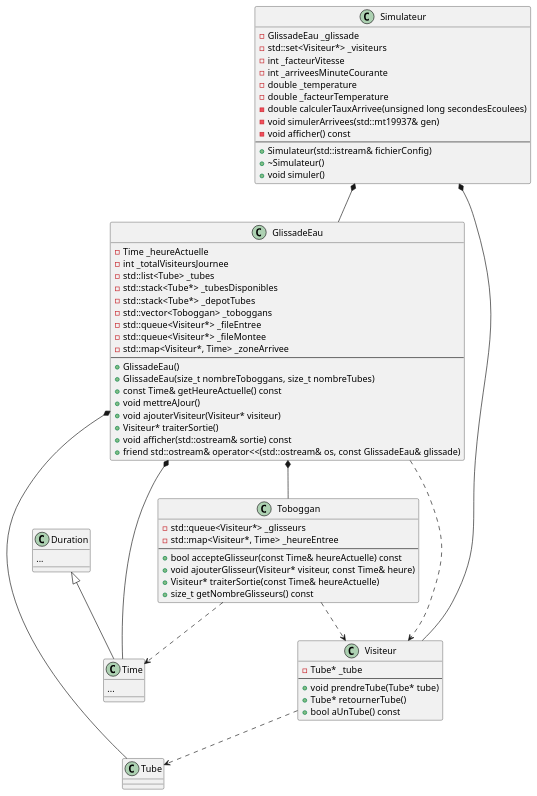
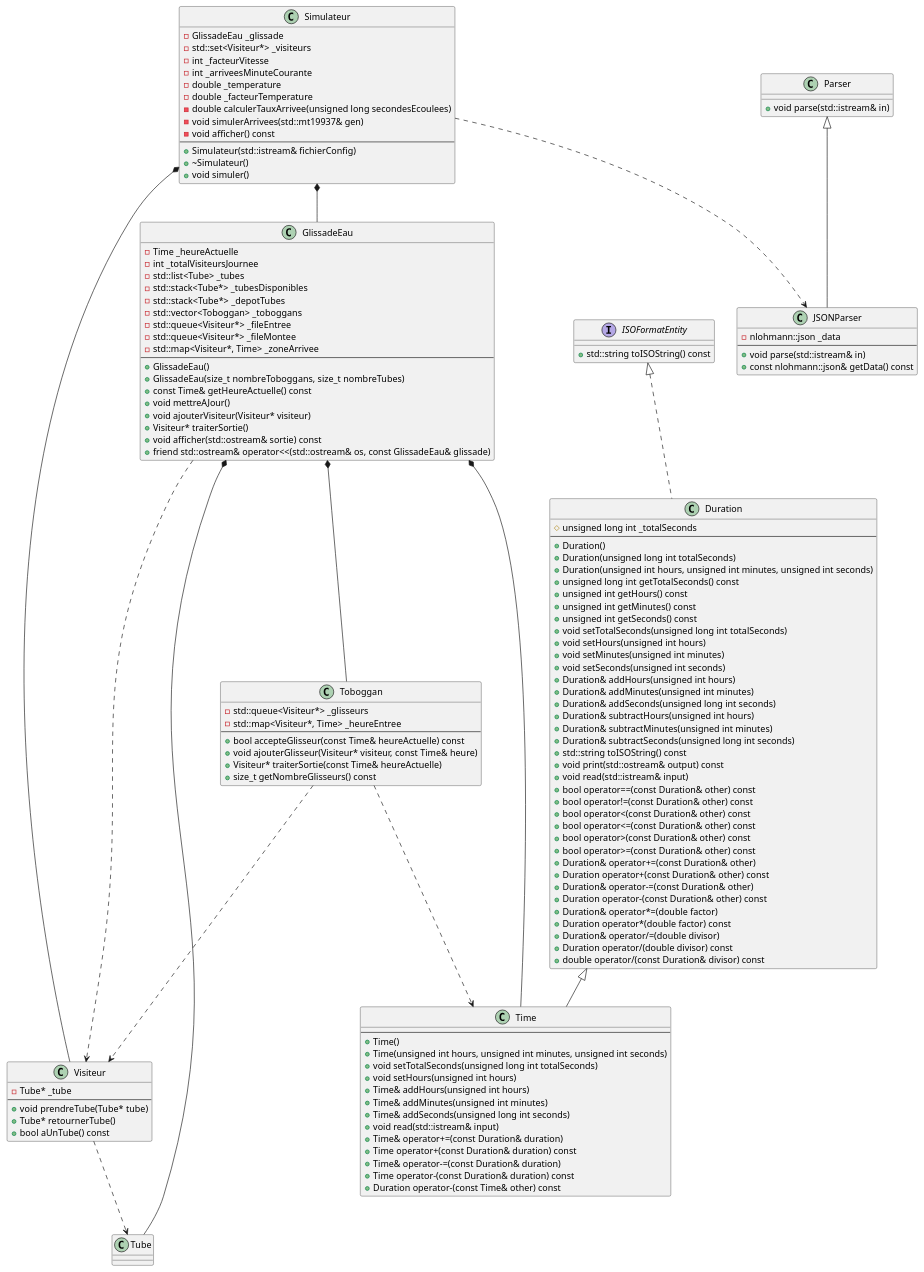
The diagram in laboratoires/lab09-file-pile/consignes/lab09.md (plbrault/420-SF2-RE), drawn with PlantUML before and after one commit.

Commit message:
Diagramme complet

````diff
--- a/laboratoires/lab09-file-pile/consignes/lab09.md
+++ b/laboratoires/lab09-file-pile/consignes/lab09.md
@@ -44,12 +44,65 @@
 ```plantuml
 @startuml
 
+interface ISOFormatEntity {
+    + std::string toISOString() const
+}
+
 class Duration {
-    ...
+    # unsigned long int _totalSeconds
+    --
+    + Duration()
+    + Duration(unsigned long int totalSeconds)
+    + Duration(unsigned int hours, unsigned int minutes, unsigned int seconds)
+    + unsigned long int getTotalSeconds() const
+    + unsigned int getHours() const
+    + unsigned int getMinutes() const
+    + unsigned int getSeconds() const
+    + void setTotalSeconds(unsigned long int totalSeconds)
+    + void setHours(unsigned int hours)
+    + void setMinutes(unsigned int minutes)
+    + void setSeconds(unsigned int seconds)
+    + Duration& addHours(unsigned int hours)
+    + Duration& addMinutes(unsigned int minutes)
+    + Duration& addSeconds(unsigned long int seconds)
+    + Duration& subtractHours(unsigned int hours)
+    + Duration& subtractMinutes(unsigned int minutes)
+    + Duration& subtractSeconds(unsigned long int seconds)
+    + std::string toISOString() const
+    + void print(std::ostream& output) const
+    + void read(std::istream& input)
+    + bool operator==(const Duration& other) const
+    + bool operator!=(const Duration& other) const
+    + bool operator<(const Duration& other) const
+    + bool operator<=(const Duration& other) const
+    + bool operator>(const Duration& other) const
+    + bool operator>=(const Duration& other) const
+    + Duration& operator+=(const Duration& other)
+    + Duration operator+(const Duration& other) const
+    + Duration& operator-=(const Duration& other)
+    + Duration operator-(const Duration& other) const
+    + Duration& operator*=(double factor)
+    + Duration operator*(double factor) const
+    + Duration& operator/=(double divisor)
+    + Duration operator/(double divisor) const
+    + double operator/(const Duration& divisor) const
 }
 
 class Time {
-    ...
+    --
+    + Time()
+    + Time(unsigned int hours, unsigned int minutes, unsigned int seconds)
+    + void setTotalSeconds(unsigned long int totalSeconds)
+    + void setHours(unsigned int hours)
+    + Time& addHours(unsigned int hours)
+    + Time& addMinutes(unsigned int minutes)
+    + Time& addSeconds(unsigned long int seconds)
+    + void read(std::istream& input)
+    + Time& operator+=(const Duration& duration)
+    + Time operator+(const Duration& duration) const
+    + Time& operator-=(const Duration& duration)
+    + Time operator-(const Duration& duration) const
+    + Duration operator-(const Time& other) const
 }
 
 class Tube {
@@ -94,6 +147,17 @@
     + friend std::ostream& operator<<(std::ostream& os, const GlissadeEau& glissade)
 }
 
+class Parser {
+    + void parse(std::istream& in)
+}
+
+class JSONParser {
+    - nlohmann::json _data
+    --
+    + void parse(std::istream& in)
+    + const nlohmann::json& getData() const
+}
+
 class Simulateur {
     - GlissadeEau _glissade
     - std::set<Visiteur*> _visiteurs
@@ -110,7 +174,9 @@
     + void simuler()
 }
 
+ISOFormatEntity <|.. Duration
 Duration <|-- Time
+Parser <|-- JSONParser
 Simulateur *-- GlissadeEau
 Simulateur *-- Visiteur
 GlissadeEau *-- Tube
@@ -120,6 +186,7 @@
 Toboggan ..> Time
 Visiteur ..> Tube
 GlissadeEau ..> Visiteur
+Simulateur ..> JSONParser
 
 @enduml
 ```
````
